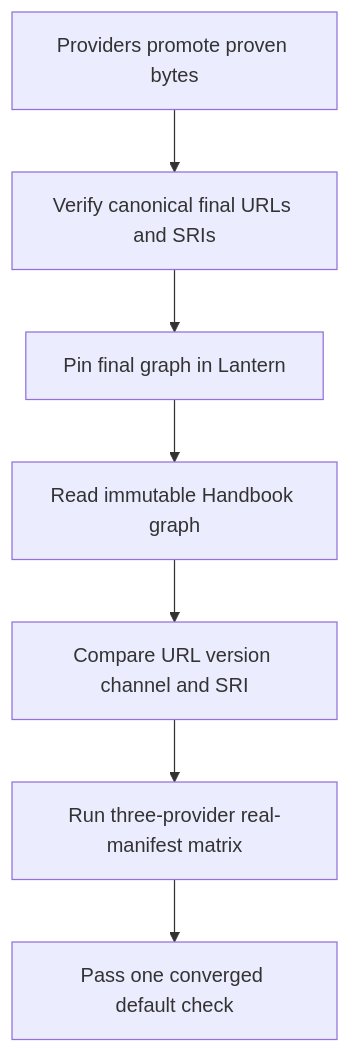
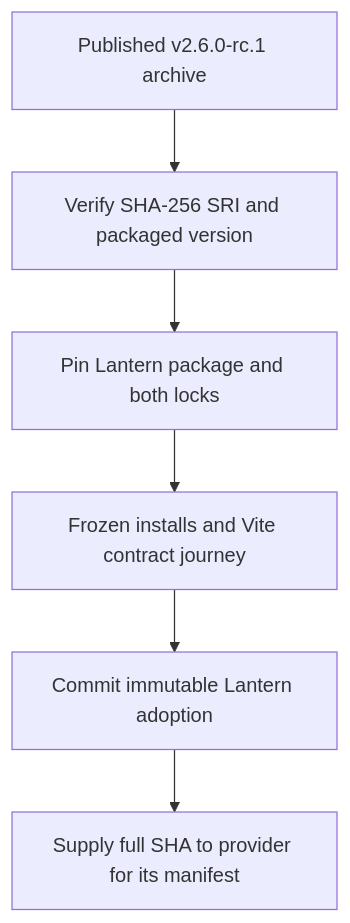
Before and after one commit to RebelliousSmile/lantern: the first of 2 diagrams in aidd_docs/tasks/2026_09/2026_09_25_issues_46_47_release_identity_and_pbta_proof/phase-5.md, drawn with Mermaid. The commit also changed other lines of this file and 7 other files, not shown here.

````diff
--- a/aidd_docs/tasks/2026_09/2026_09_25_issues_46_47_release_identity_and_pbta_proof/phase-5.md
+++ b/aidd_docs/tasks/2026_09/2026_09_25_issues_46_47_release_identity_and_pbta_proof/phase-5.md
@@ -25,9 +21,8 @@
 ```mermaid
 flowchart TD
-  A[Providers promote proven bytes] --> B[Verify canonical final URLs and SRIs]
-  B --> C[Pin final graph in Lantern]
-  C --> D[Read immutable Handbook graph]
-  D --> E[Compare URL version channel and SRI]
-  E --> F[Run three-provider real-manifest matrix]
-  F --> G[Pass one converged default check]
+  A[Published v2.6.0-rc.1 archive] --> B[Verify SHA-256 SRI and packaged version]
+  B --> C[Pin Lantern package and both locks]
+  C --> D[Frozen installs and Vite contract journey]
+  D --> E[Commit immutable Lantern adoption]
+  E --> F[Supply full SHA to provider for its manifest]
 ```
````
